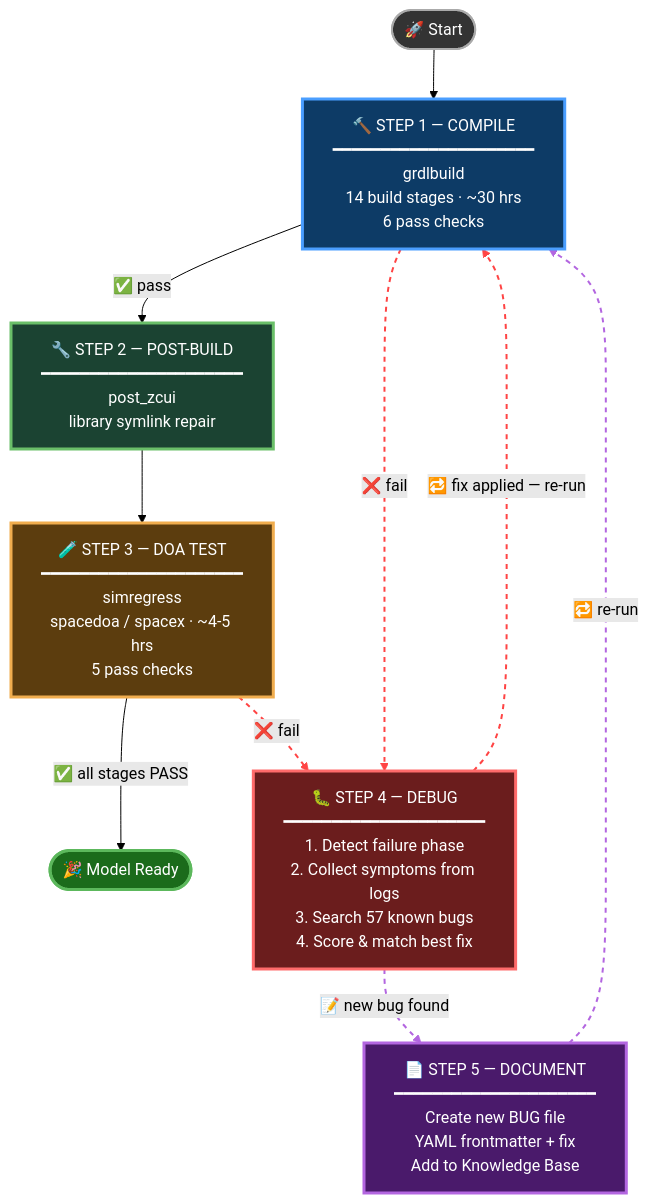
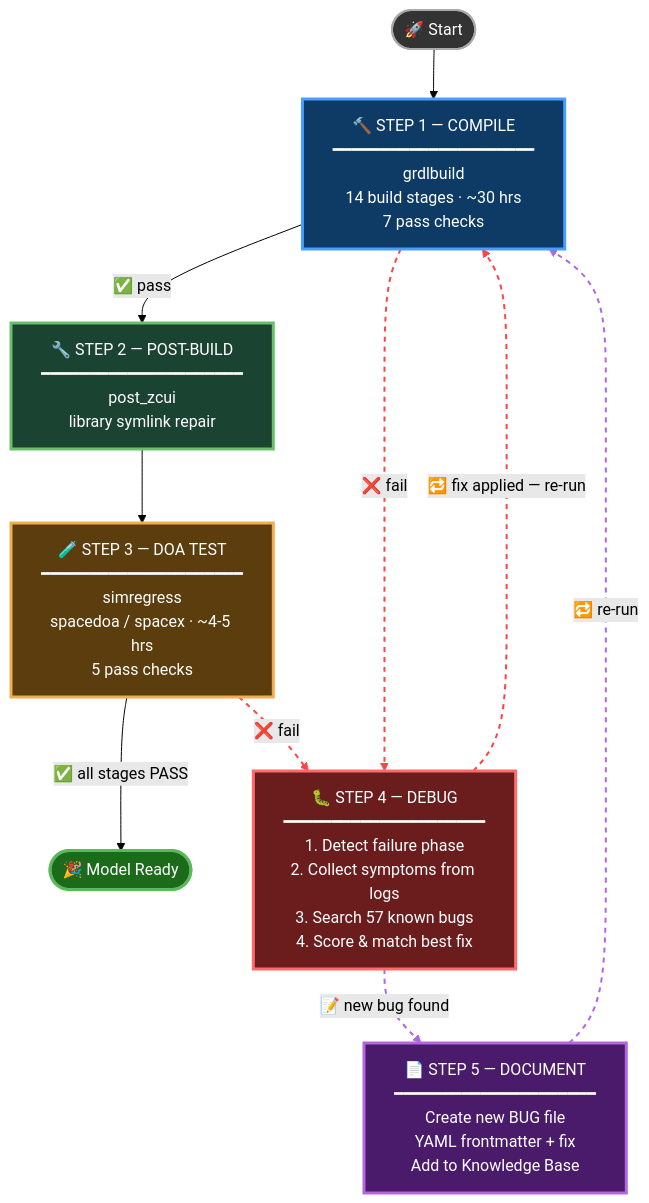
One commit to tbaziza/NVL_AX_agent_workspace changed the first of 2 diagrams in README.md. Above: the diagram before and after it, drawn with Mermaid (forest theme). The commit also changed other lines of this file and 5 other files, not shown here.

````diff
--- a/README.md
+++ b/README.md
@@ -121,39 +121,39 @@
 ```mermaid
 flowchart TD
     START([🚀 Start]) --> COMPILE
 
-    COMPILE["🔨 STEP 1 — COMPILE\n━━━━━━━━━━━━━━━━━━━━━\ngrdlbuild\n14 build stages · ~30 hrs\n6 pass checks"]
+    COMPILE["🔨 STEP 1 — COMPILE\n━━━━━━━━━━━━━━━━━━━━━\ngrdlbuild\n14 build stages · ~30 hrs\n7 pass checks"]
     COMPILE -->|"✅ pass"| POSTBUILD
 
     POSTBUILD["🔧 STEP 2 — POST-BUILD\n━━━━━━━━━━━━━━━━━━━━━\npost_zcui\nlibrary symlink repair"]
     POSTBUILD --> TEST
 
     TEST["🧪 STEP 3 — DOA TEST\n━━━━━━━━━━━━━━━━━━━━━\nsimregress\nspacedoa / spacex · ~4-5 hrs\n5 pass checks"]
     TEST -->|"✅ all stages PASS"| DONE
 
     COMPILE -->|"❌ fail"| DEBUG
     TEST -->|"❌ fail"| DEBUG
 
     DEBUG["🐛 STEP 4 — DEBUG\n━━━━━━━━━━━━━━━━━━━━━\n1. Detect failure phase\n2. Collect symptoms from logs\n3. Search 57 known bugs\n4. Score & match best fix"]
     DEBUG -->|"🔁 fix applied — re-run"| COMPILE
     DEBUG -->|"📝 new bug found"| DOCUMENT
 
     DOCUMENT["📄 STEP 5 — DOCUMENT\n━━━━━━━━━━━━━━━━━━━━━\nCreate new BUG file\nYAML frontmatter + fix\nAdd to Knowledge Base"]
     DOCUMENT -->|"🔁 re-run"| COMPILE
 
     DONE([🎉 Model Ready])
 
     style COMPILE fill:#0d3b66,stroke:#4a9eff,stroke-width:3px,color:#fff
     style POSTBUILD fill:#1b4332,stroke:#6abf69,stroke-width:3px,color:#fff
     style TEST fill:#5c3d0e,stroke:#f0ad4e,stroke-width:3px,color:#fff
     style DEBUG fill:#6b1d1d,stroke:#ff6b6b,stroke-width:3px,color:#fff
     style DOCUMENT fill:#4a1a6b,stroke:#b366e0,stroke-width:3px,color:#fff
     style DONE fill:#1b6b1b,stroke:#5cb85c,stroke-width:3px,color:#fff
     style START fill:#333,stroke:#aaa,stroke-width:2px,color:#fff
 
     linkStyle 4 stroke:#ff4444,stroke-width:2px,stroke-dasharray:5
     linkStyle 5 stroke:#ff4444,stroke-width:2px,stroke-dasharray:5
     linkStyle 6 stroke:#ff4444,stroke-width:2px,stroke-dasharray:5
     linkStyle 7 stroke:#b366e0,stroke-width:2px,stroke-dasharray:5
     linkStyle 8 stroke:#b366e0,stroke-width:2px,stroke-dasharray:5
 ```
````
